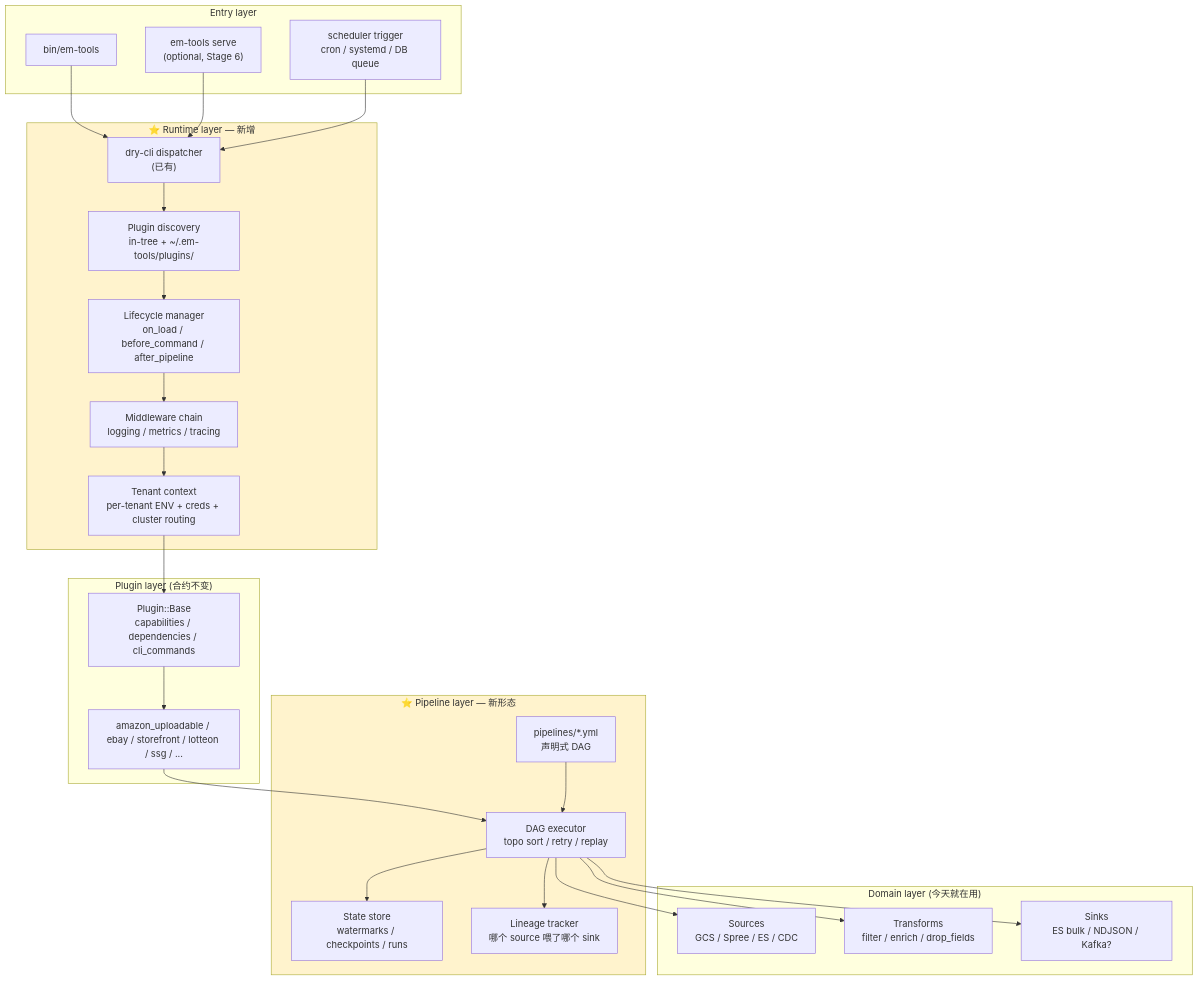
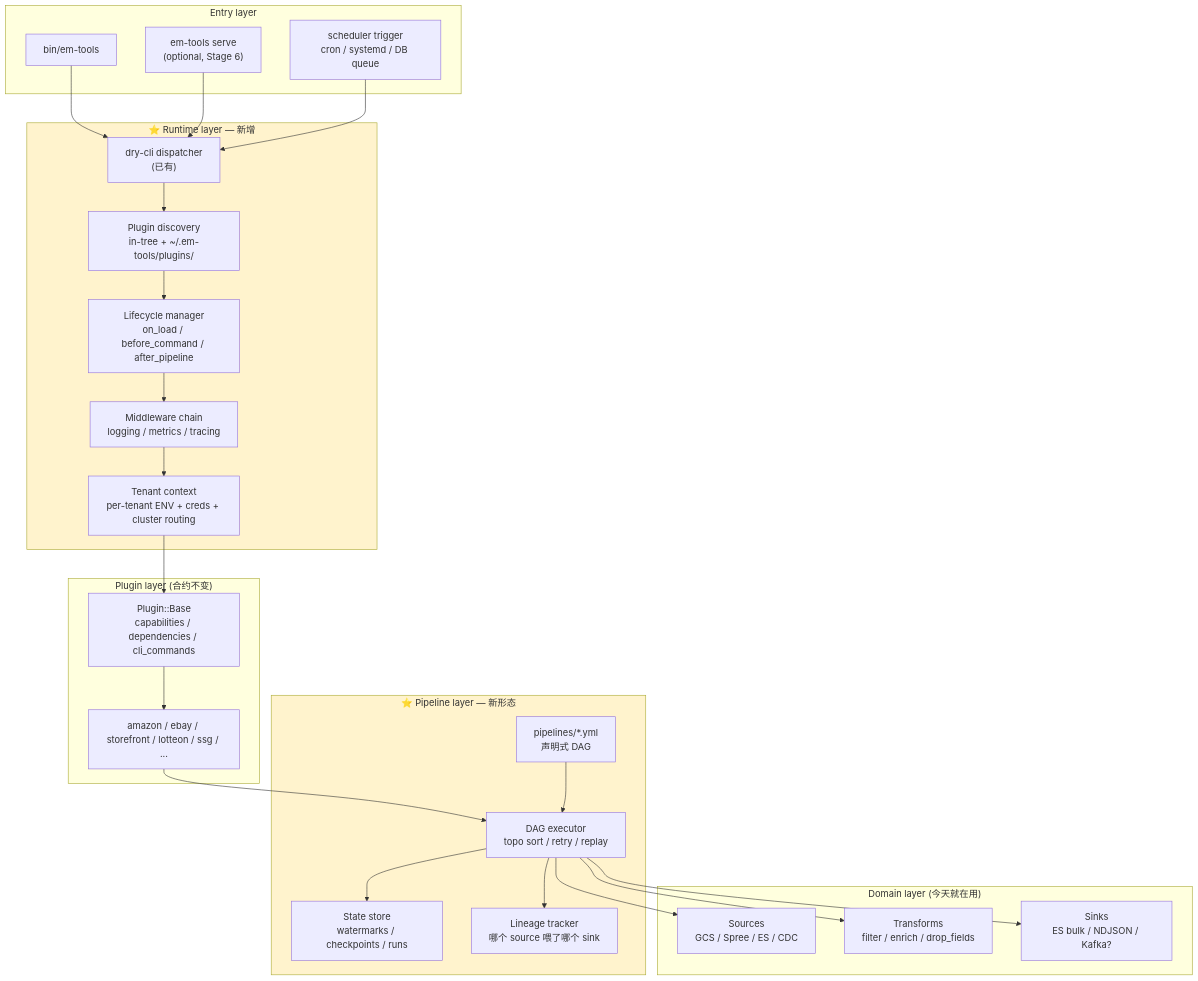
Before and after one commit to AriseshineSky/em-tools: the second of 2 diagrams in docs/notes/PLATFORM_EVOLUTION.md, drawn with Mermaid. The commit also changed other lines of this file and 184 other files, not shown here.

````diff
--- a/docs/notes/PLATFORM_EVOLUTION.md
+++ b/docs/notes/PLATFORM_EVOLUTION.md
@@ -61,54 +61,54 @@
 ```mermaid
 flowchart TB
     subgraph ENTRY["Entry layer"]
         BIN["bin/em-tools"]
         WEB["em-tools serve<br/>(optional, Stage 6)"]
         SCHED["scheduler trigger<br/>cron / systemd / DB queue"]
     end
 
     subgraph RT["⭐ Runtime layer — 新增"]
         DRYCLI["dry-cli dispatcher<br/>(已有)"]
         DISC["Plugin discovery<br/>in-tree + ~/.em-tools/plugins/"]
         LIFE["Lifecycle manager<br/>on_load / before_command / after_pipeline"]
         MID["Middleware chain<br/>logging / metrics / tracing"]
         TEN["Tenant context<br/>per-tenant ENV + creds + cluster routing"]
     end
 
     subgraph PLG["Plugin layer (合约不变)"]
         BASE["Plugin::Base<br/>capabilities / dependencies / cli_commands"]
-        PLUGINS["amazon_uploadable / ebay / storefront / lotteon / ssg / ..."]
+        PLUGINS["amazon / ebay / storefront / lotteon / ssg / ..."]
     end
 
     subgraph PIPE["⭐ Pipeline layer — 新形态"]
         DSL["pipelines/*.yml<br/>声明式 DAG"]
         EXEC["DAG executor<br/>topo sort / retry / replay"]
         STATE["State store<br/>watermarks / checkpoints / runs"]
         LINE["Lineage tracker<br/>哪个 source 喂了哪个 sink"]
     end
 
     subgraph DOM["Domain layer (今天就在用)"]
         SRC["Sources<br/>GCS / Spree / ES / CDC"]
         TRANS["Transforms<br/>filter / enrich / drop_fields"]
         SINK["Sinks<br/>ES bulk / NDJSON / Kafka?"]
     end
 
     BIN --> DRYCLI
     WEB --> DRYCLI
     SCHED --> DRYCLI
     DRYCLI --> DISC
     DISC --> LIFE
     LIFE --> MID
     MID --> TEN
     TEN --> BASE
     BASE --> PLUGINS
     PLUGINS --> EXEC
     DSL --> EXEC
     EXEC --> STATE
     EXEC --> LINE
     EXEC --> SRC
     EXEC --> TRANS
     EXEC --> SINK
 
     style RT fill:#fff3cd
     style PIPE fill:#fff3cd
 ```
````
